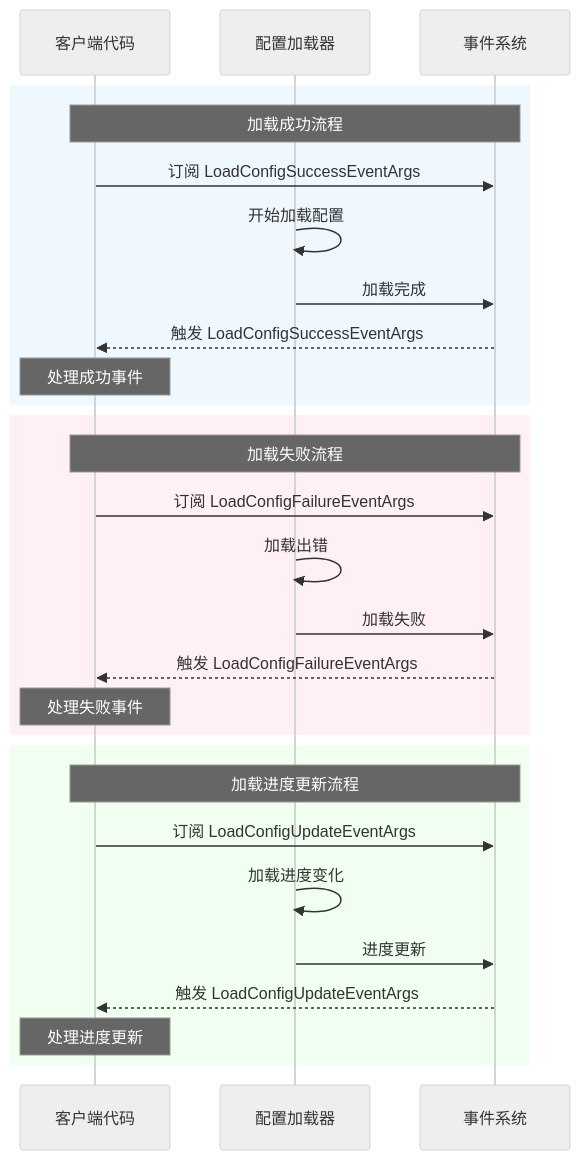
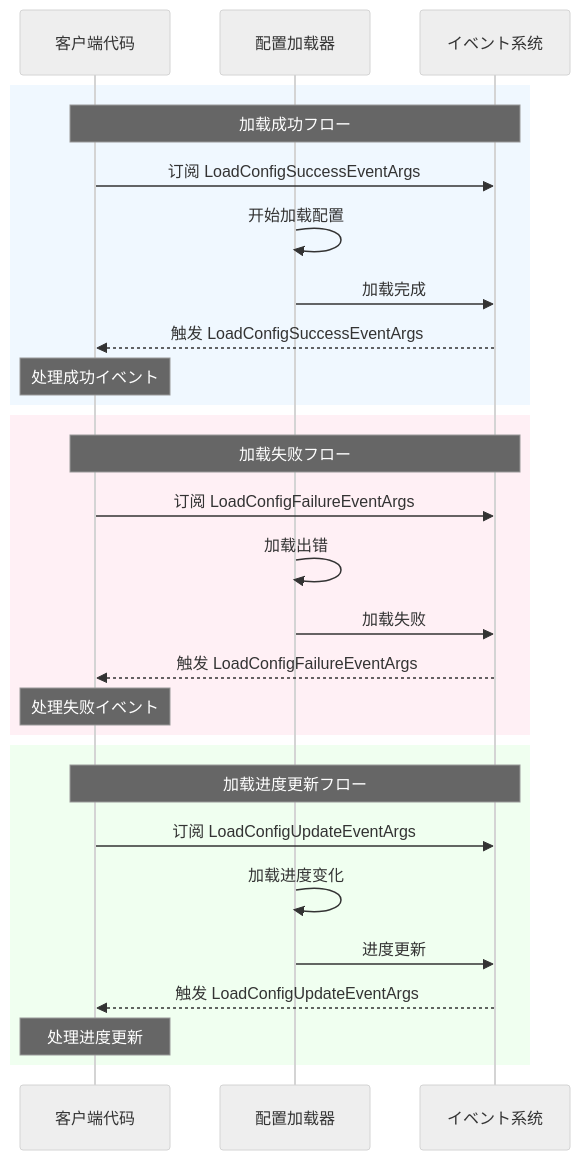
One commit to AlianBlank/GameFrameX.Docs changed the second of 2 diagrams in docs/ja/client/unity/component/config/12.event-args.md. Above: the diagram before and after it, drawn with Mermaid (neutral theme). The commit also changed other lines of this file and 603 other files, not shown here.

````diff
--- a/docs/ja/client/unity/component/config/12.event-args.md
+++ b/docs/ja/client/unity/component/config/12.event-args.md
@@ -219,33 +219,33 @@
 ```mermaid
 sequenceDiagram
     participant Client as 客户端代码
     participant Loader as 配置加载器
-    participant EventSys as 事件系统
+    participant EventSys as イベント系统
 
     rect rgb(240, 248, 255)
-        Note over Client,EventSys: 加载成功流程
+        Note over Client,EventSys: 加载成功フロー
         Client->>EventSys: 订阅 LoadConfigSuccessEventArgs
         Loader->>Loader: 开始加载配置
         Loader->>EventSys: 加载完成
         EventSys-->>Client: 触发 LoadConfigSuccessEventArgs
-        Note over Client: 处理成功事件
+        Note over Client: 处理成功イベント
     end
 
     rect rgb(255, 240, 245)
-        Note over Client,EventSys: 加载失败流程
+        Note over Client,EventSys: 加载失败フロー
         Client->>EventSys: 订阅 LoadConfigFailureEventArgs
         Loader->>Loader: 加载出错
         Loader->>EventSys: 加载失败
         EventSys-->>Client: 触发 LoadConfigFailureEventArgs
-        Note over Client: 处理失败事件
+        Note over Client: 处理失败イベント
     end
 
     rect rgb(240, 255, 240)
-        Note over Client,EventSys: 加载进度更新流程
+        Note over Client,EventSys: 加载进度更新フロー
         Client->>EventSys: 订阅 LoadConfigUpdateEventArgs
         Loader->>Loader: 加载进度变化
         Loader->>EventSys: 进度更新
         EventSys-->>Client: 触发 LoadConfigUpdateEventArgs
         Note over Client: 处理进度更新
     end
 ```
````
